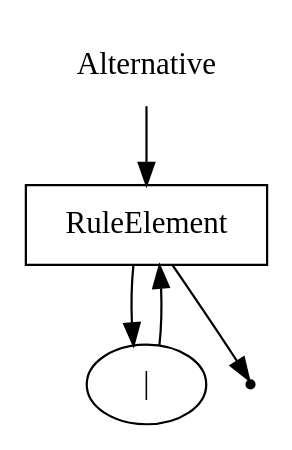
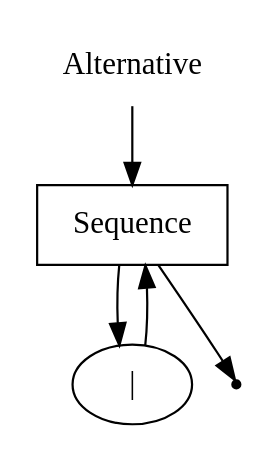
One commit to EgorGoluzin/DSL changed the diagram in DSLTools/examples/rbnf/wirth/Alternative.gv. Above: the diagram before and after it, drawn with Graphviz. The commit also changed 17 other files, not shown here.

```diff
--- a/DSLTools/examples/rbnf/wirth/Alternative.gv
+++ b/DSLTools/examples/rbnf/wirth/Alternative.gv
@@ -1,10 +1,10 @@
 digraph Alternative {
     start [label="Alternative" shape=plaintext];
-    A [label="RuleElement" shape=box];
+    A [label="Sequence" shape=box];
     B [label="|" shape=oval];
     end [label="" shape=point];
     start -> A;
     A -> B;
+    B -> A;
     A -> end;
-    B -> A;
 }
```
